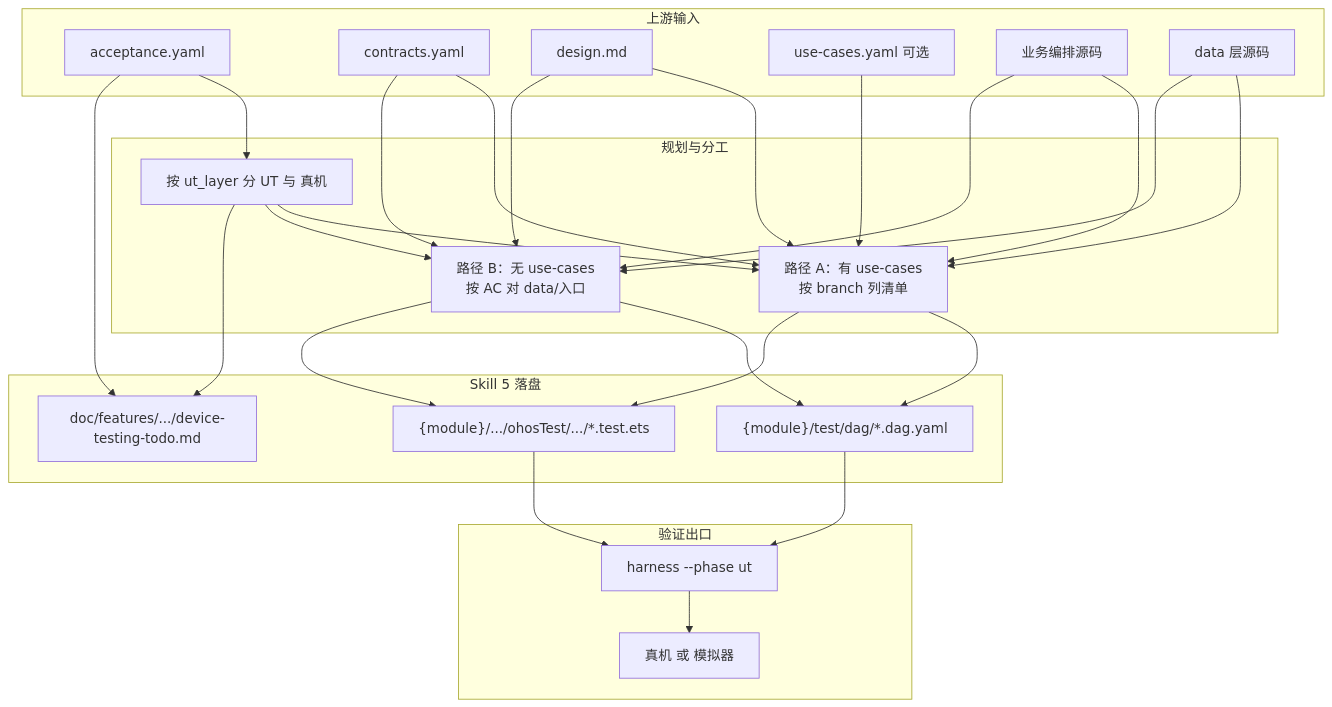
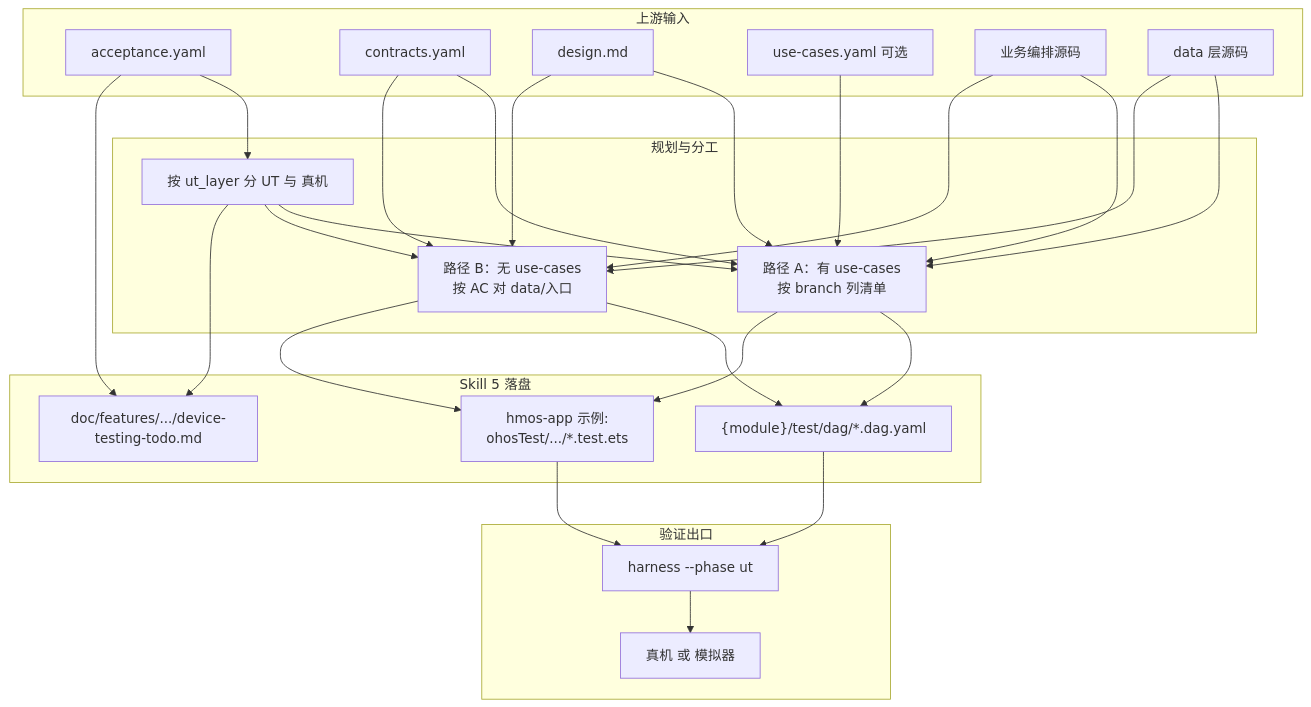
Before and after one commit to sqsqsq/SimulatedWalletForHmos: the fourth of 4 diagrams in framework/docs/skills/5-business-ut.md, drawn with Mermaid. The commit also changed other lines of this file and 16 other files, not shown here.

First line of the commit message:
docs(framework): 顶层文档与 schema 中性化；hvigor 细节下沉 hmos-app 专文

````diff
--- a/framework/docs/skills/5-business-ut.md
+++ b/framework/docs/skills/5-business-ut.md
@@ -230,50 +232,50 @@
 ```mermaid
 flowchart TD
   subgraph inputs [上游输入]
     acc["acceptance.yaml"]
     con["contracts.yaml"]
     des["design.md"]
     uc["use-cases.yaml 可选"]
     srcB["业务编排源码"]
     srcD["data 层源码"]
   end
 
   subgraph plan [规划与分工]
     split["按 ut_layer 分 UT 与 真机"]
     pathA["路径 A：有 use-cases<br/>按 branch 列清单"]
     pathB["路径 B：无 use-cases<br/>按 AC 对 data/入口"]
   end
 
   subgraph out [Skill 5 落盘]
     dagF["{module}/test/dag/*.dag.yaml"]
-    utF["{module}/.../ohosTest/.../*.test.ets"]
+    utF["hmos-app 示例:<br/>ohosTest/.../*.test.ets"]
     devTodo["doc/features/.../device-testing-todo.md"]
   end
 
   subgraph gate [验证出口]
     utPhase["harness --phase ut"]
     device["真机 或 模拟器"]
   end
 
   acc --> split
   con --> pathA
   con --> pathB
   des --> pathA
   des --> pathB
   uc --> pathA
   srcB --> pathA
   srcB --> pathB
   srcD --> pathA
   srcD --> pathB
   split --> pathA
   split --> pathB
   pathA --> dagF
   pathB --> dagF
   pathA --> utF
   pathB --> utF
   acc --> devTodo
   split --> devTodo
   utF --> utPhase
   dagF --> utPhase
   utPhase --> device
 ```
````
